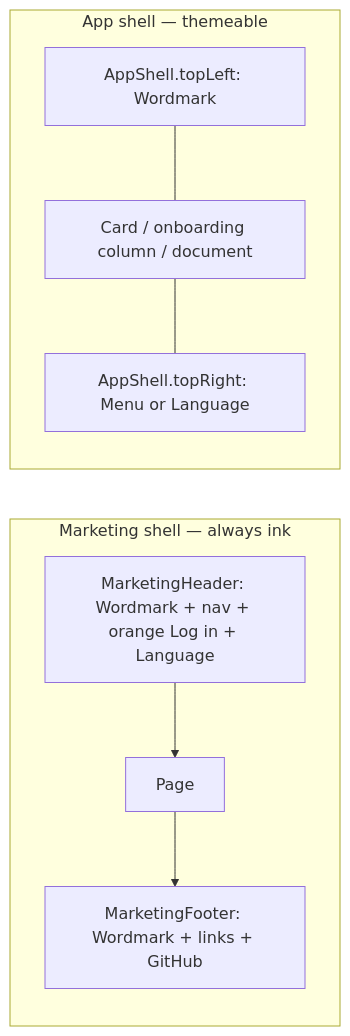
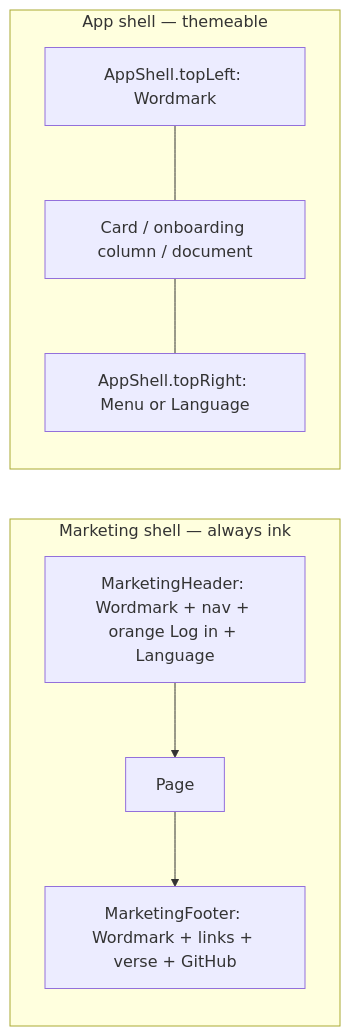
One commit to 21gifts/app changed the third of 3 diagrams in docs/ui.md. Above: the diagram before and after it, drawn with Mermaid. The commit also changed other lines of this file, not shown here.

First line of the commit message:
Document /about and the footer verse in the UI inventory

````diff
--- a/docs/ui.md
+++ b/docs/ui.md
@@ -425,15 +425,15 @@
 ```mermaid
 flowchart LR
   subgraph marketingShell [Marketing shell — always ink]
     MH[MarketingHeader: Wordmark + nav + orange Log in + Language]
     MC[Page]
-    MF[MarketingFooter: Wordmark + links + GitHub]
+    MF[MarketingFooter: Wordmark + links + verse + GitHub]
   end
   subgraph appShell [App shell — themeable]
     PL[AppShell.topLeft: Wordmark]
     PR[AppShell.topRight: Menu or Language]
     BODY[Card / onboarding column / document]
   end
   MH --> MC --> MF
   PL --- BODY --- PR
 ```
````
